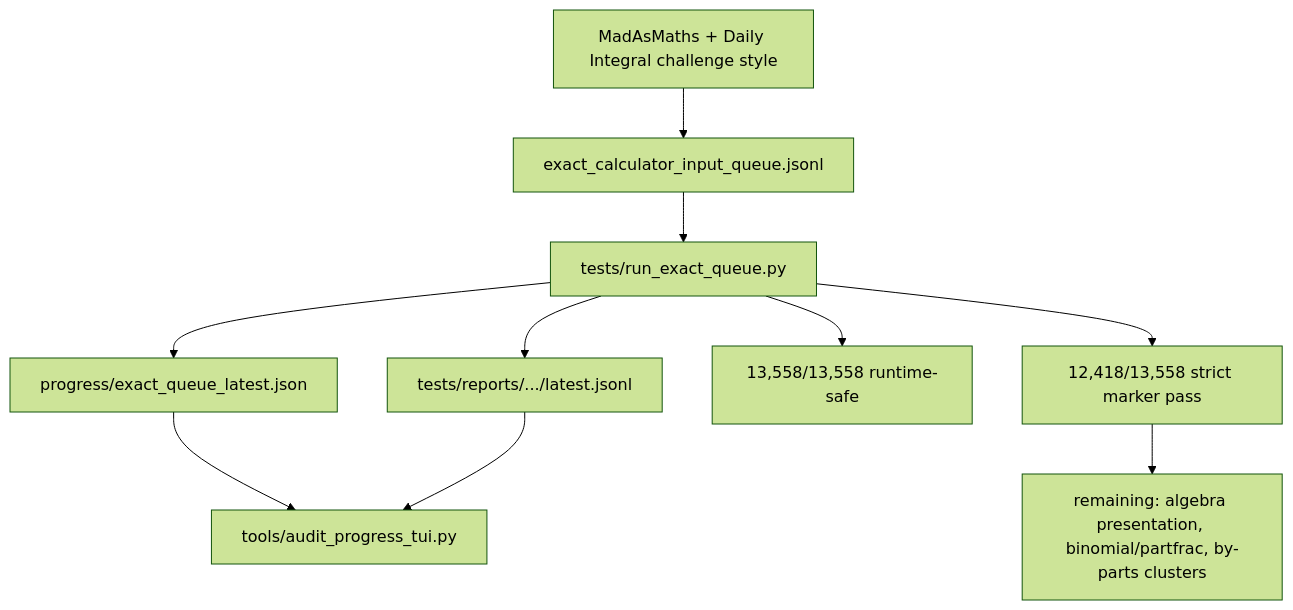
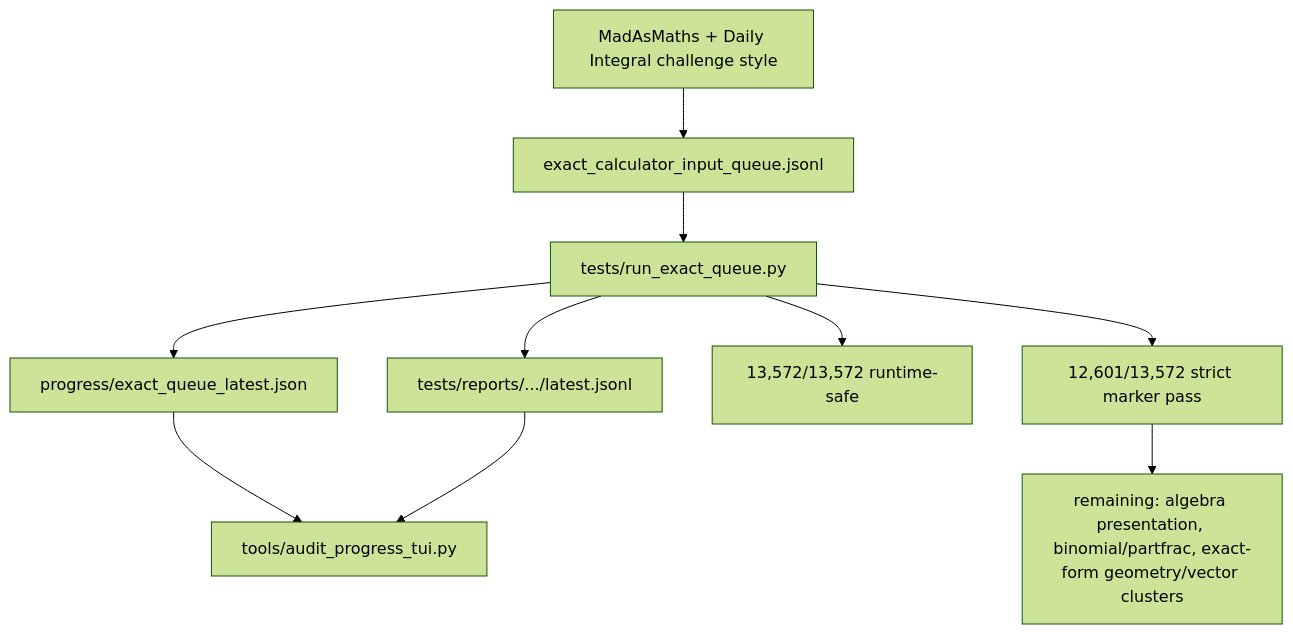
The fifth of 5 diagrams in docs/GRAPH.md (james8464/notes-addin-casio-fx-cg50), drawn with Mermaid (forest theme) before and after one commit. The commit also changed other lines of this file and 7 other files, not shown here.

````diff
--- a/docs/GRAPH.md
+++ b/docs/GRAPH.md
@@ -57,12 +57,12 @@
 ```mermaid
 graph TD
   Online["MadAsMaths + Daily Integral challenge style"] --> Queue["exact_calculator_input_queue.jsonl"]
   Queue --> Runner["tests/run_exact_queue.py"]
   Runner --> Live["progress/exact_queue_latest.json"]
   Runner --> Report["tests/reports/.../latest.jsonl"]
   Live --> TUI["tools/audit_progress_tui.py"]
   Report --> TUI
-  Runner --> Runtime["13,558/13,558 runtime-safe"]
-  Runner --> Strict["12,418/13,558 strict marker pass"]
-  Strict --> Remaining["remaining: algebra presentation, binomial/partfrac, by-parts clusters"]
+  Runner --> Runtime["13,572/13,572 runtime-safe"]
+  Runner --> Strict["12,601/13,572 strict marker pass"]
+  Strict --> Remaining["remaining: algebra presentation, binomial/partfrac, exact-form geometry/vector clusters"]
 ```
````
